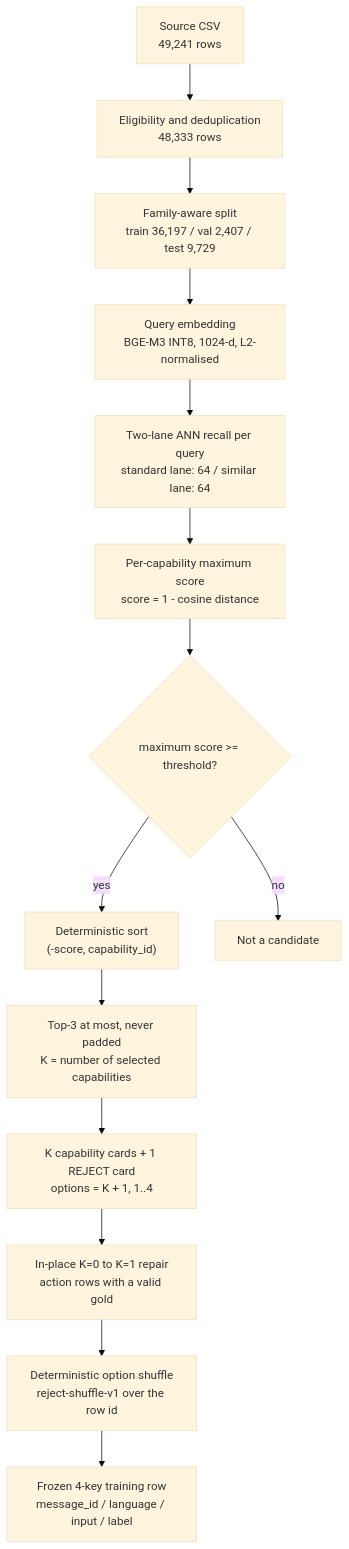
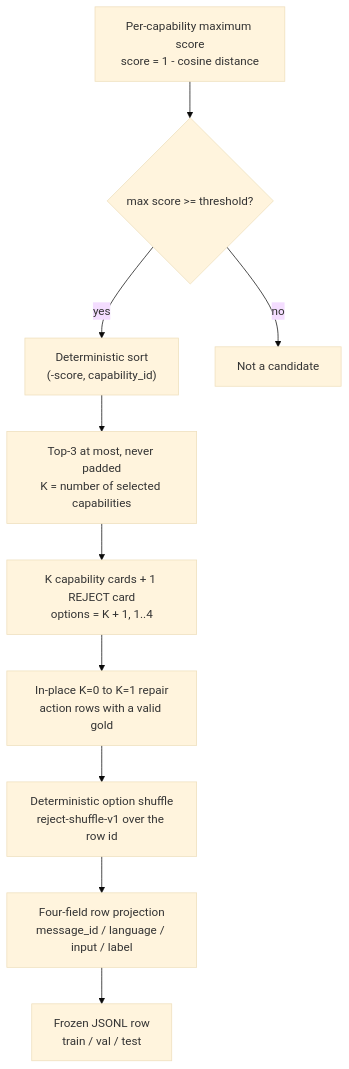
The second of 2 diagrams in fine_tuning/laya_finetune/data_versions/README.md (Eric-LLMs/Delveta), drawn with Mermaid (base theme) before and after one commit. The commit also changed other lines of this file, not shown here.

````diff
--- a/fine_tuning/laya_finetune/data_versions/README.md
+++ b/fine_tuning/laya_finetune/data_versions/README.md
@@ -126,16 +339,12 @@
 ```mermaid
 flowchart TD
-    A["Source CSV<br/>49,241 rows"] --> B["Eligibility and deduplication<br/>48,333 rows"]
-    B --> C["Family-aware split<br/>train 36,197 / val 2,407 / test 9,729"]
-    C --> D["Query embedding<br/>BGE-M3 INT8, 1024-d, L2-normalised"]
-    D --> E["Two-lane ANN recall per query<br/>standard lane: 64 / similar lane: 64"]
-    E --> F["Per-capability maximum score<br/>score = 1 - cosine distance"]
-    F --> G{"maximum score >= threshold?"}
+    F["Per-capability maximum score<br/>score = 1 - cosine distance"] --> G{"max score >= threshold?"}
     G -->|yes| H["Deterministic sort<br/>(-score, capability_id)"]
     G -->|no| I["Not a candidate"]
     H --> J["Top-3 at most, never padded<br/>K = number of selected capabilities"]
     J --> K["K capability cards + 1 REJECT card<br/>options = K + 1, 1..4"]
     K --> L["In-place K=0 to K=1 repair<br/>action rows with a valid gold"]
     L --> M["Deterministic option shuffle<br/>reject-shuffle-v1 over the row id"]
-    M --> N["Frozen 4-key training row<br/>message_id / language / input / label"]
+    M --> N["Four-field row projection<br/>message_id / language / input / label"]
+    N --> O["Frozen JSONL row<br/>train / val / test"]
 ```
````
